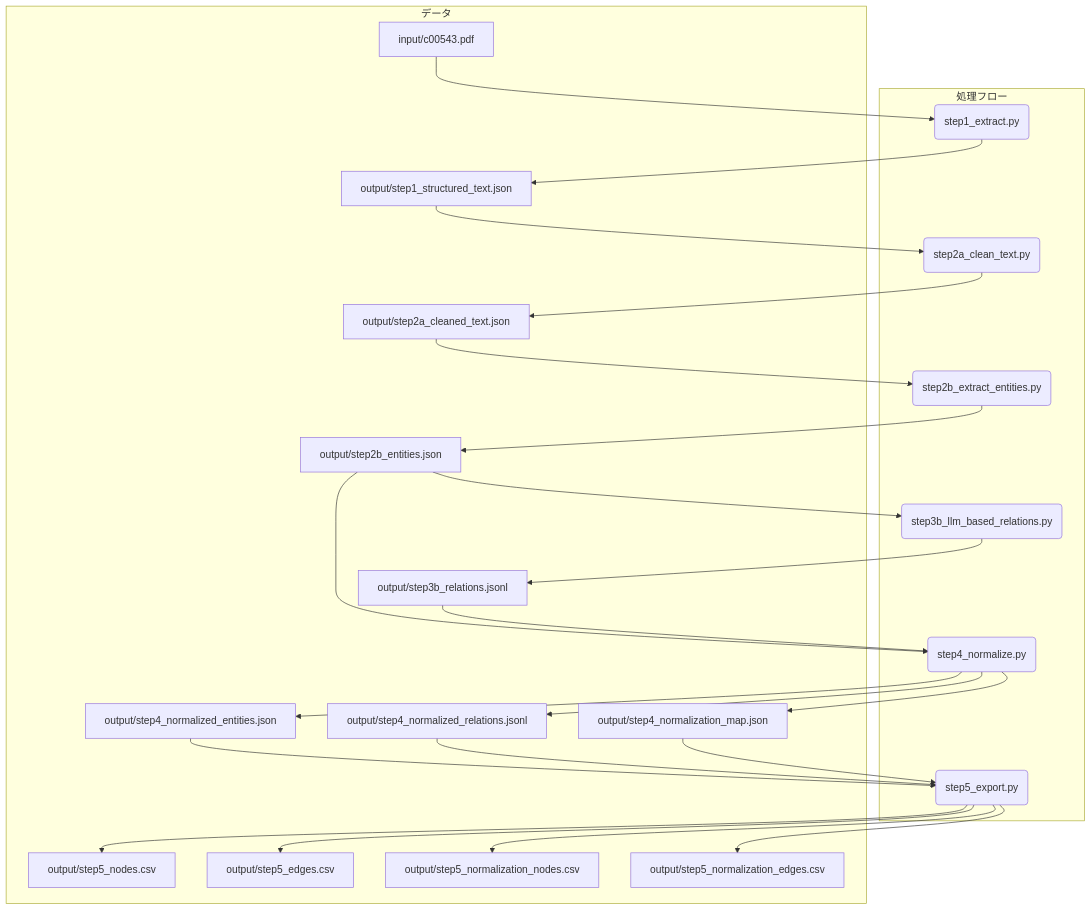
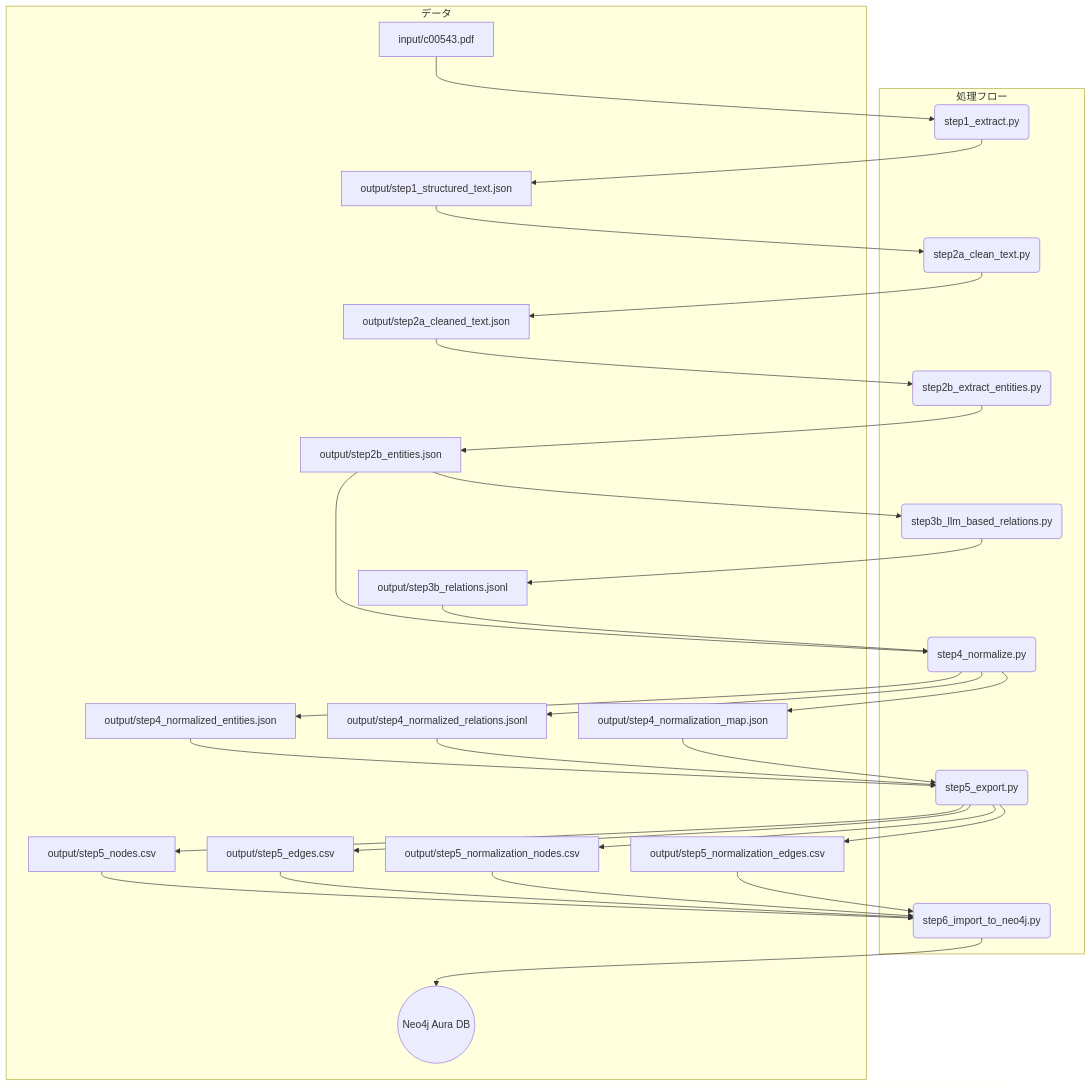
One commit to fk506cni/med-graph-gen changed the diagram in README.md. Above: the diagram before and after it, drawn with Mermaid. The commit also changed other lines of this file and 4 other files, not shown here.

First line of the commit message:
feat: Neo4jインポート機能(step6)を追加

````diff
--- a/README.md
+++ b/README.md
@@ -54,35 +54,42 @@
 ```mermaid
 graph TD;
     A[input/c00543.pdf] --> B(step1_extract.py);
     B --> C[output/step1_structured_text.json];
     C --> D(step2a_clean_text.py);
     D --> E[output/step2a_cleaned_text.json];
     E --> F(step2b_extract_entities.py);
     F --> G[output/step2b_entities.json];
     G --> H(step3b_llm_based_relations.py);
     H --> I[output/step3b_relations.jsonl];
 
     G --> J(step4_normalize.py);
     I --> J;
 
     J --> K[output/step4_normalized_entities.json];
     J --> L[output/step4_normalized_relations.jsonl];
     J --> P[output/step4_normalization_map.json];
 
     K --> M(step5_export.py);
     L --> M;
     P --> M;
 
     M --> N[output/step5_nodes.csv];
     M --> O[output/step5_edges.csv];
     M --> Q[output/step5_normalization_nodes.csv];
     M --> R[output/step5_normalization_edges.csv];
 
+    N --> S(step6_import_to_neo4j.py);
+    O --> S;
+    Q --> S;
+    R --> S;
+
+    S --> T((Neo4j Aura DB));
+
     subgraph "処理フロー"
-        B; D; F; H; J; M;
+        B; D; F; H; J; M; S;
     end
 
     subgraph "データ"
-        A; C; E; G; I; K; L; P; N; O; Q; R;
+        A; C; E; G; I; K; L; P; N; O; Q; R; T;
     end
 ```
````
